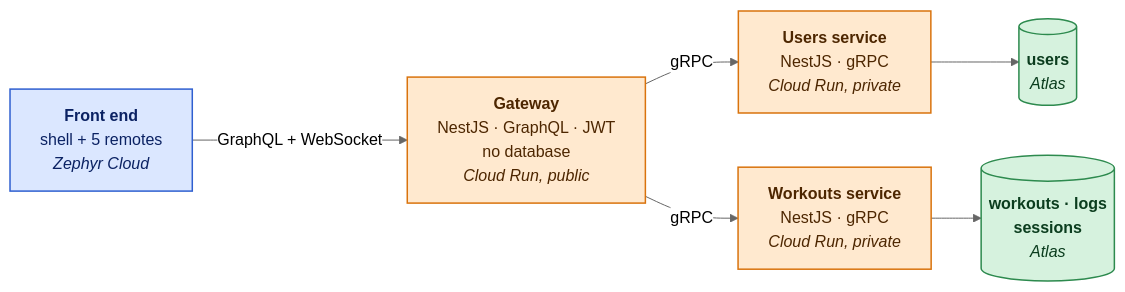
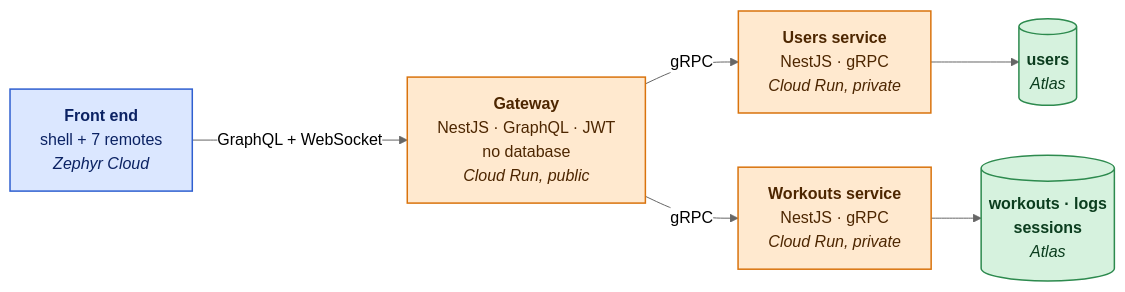
The first of 3 diagrams in README.md (abnersn/WorkoutTracker), drawn with Mermaid (neutral theme) before and after one commit. The commit also changed other lines of this file and 115 other files, not shown here.

````diff
--- a/README.md
+++ b/README.md
@@ -15,22 +15,22 @@
 ```mermaid
 flowchart LR
-  web["<b>Front end</b><br/>shell + 5 remotes<br/><i>Zephyr Cloud</i>"]
+  web["<b>Front end</b><br/>shell + 7 remotes<br/><i>Zephyr Cloud</i>"]
   gateway["<b>Gateway</b><br/>NestJS · GraphQL · JWT<br/>no database<br/><i>Cloud Run, public</i>"]
   users["<b>Users service</b><br/>NestJS · gRPC<br/><i>Cloud Run, private</i>"]
   svc["<b>Workouts service</b><br/>NestJS · gRPC<br/><i>Cloud Run, private</i>"]
   usersDb[("<b>users</b><br/><i>Atlas</i>")]
   workoutsDb[("<b>workouts · logs<br/>sessions</b><br/><i>Atlas</i>")]
 
   web -->|"GraphQL + WebSocket"| gateway
   gateway -->|gRPC| users
   gateway -->|gRPC| svc
   users --> usersDb
   svc --> workoutsDb
 
   classDef front fill:#dbe7ff,stroke:#2f5fd0,stroke-width:1.5px,color:#0b2263
   classDef back fill:#ffe9cf,stroke:#d9730d,stroke-width:1.5px,color:#4d2600
   classDef data fill:#d6f2de,stroke:#2d8a4e,stroke-width:1.5px,color:#0b3d1e
   class web front
   class gateway,users,svc back
   class usersDb,workoutsDb data
 ```
````
